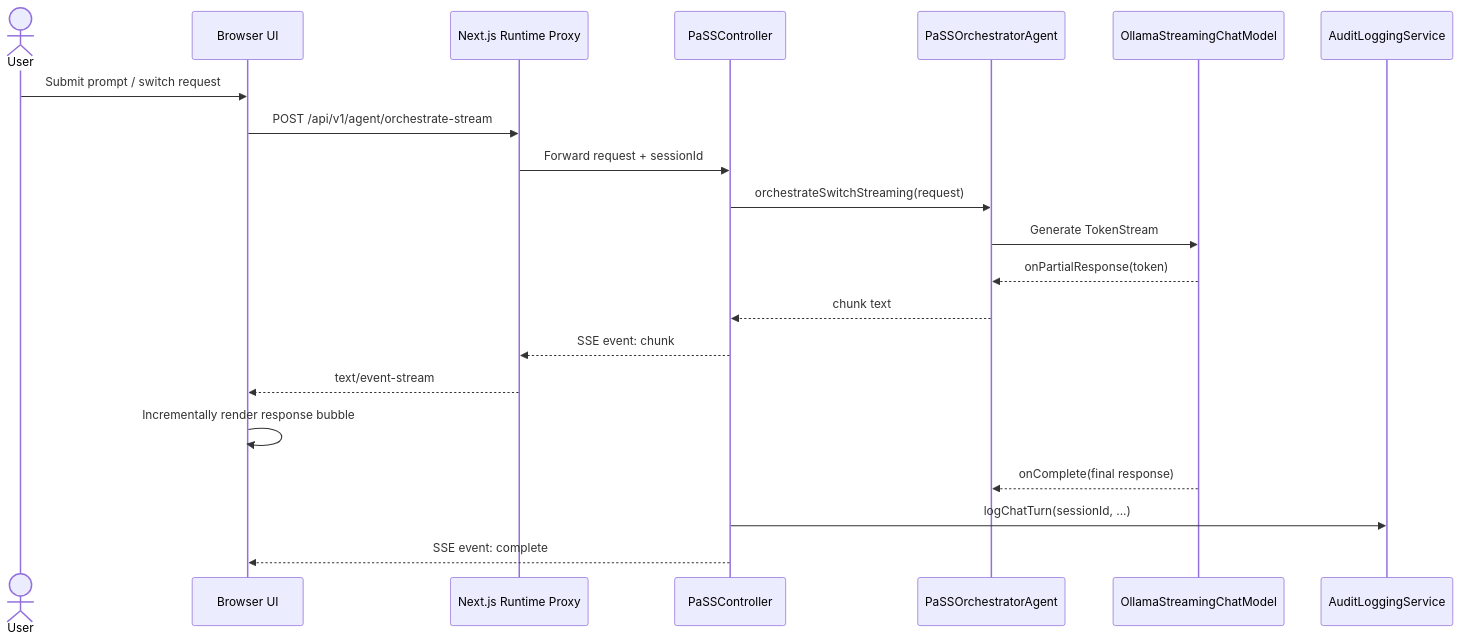
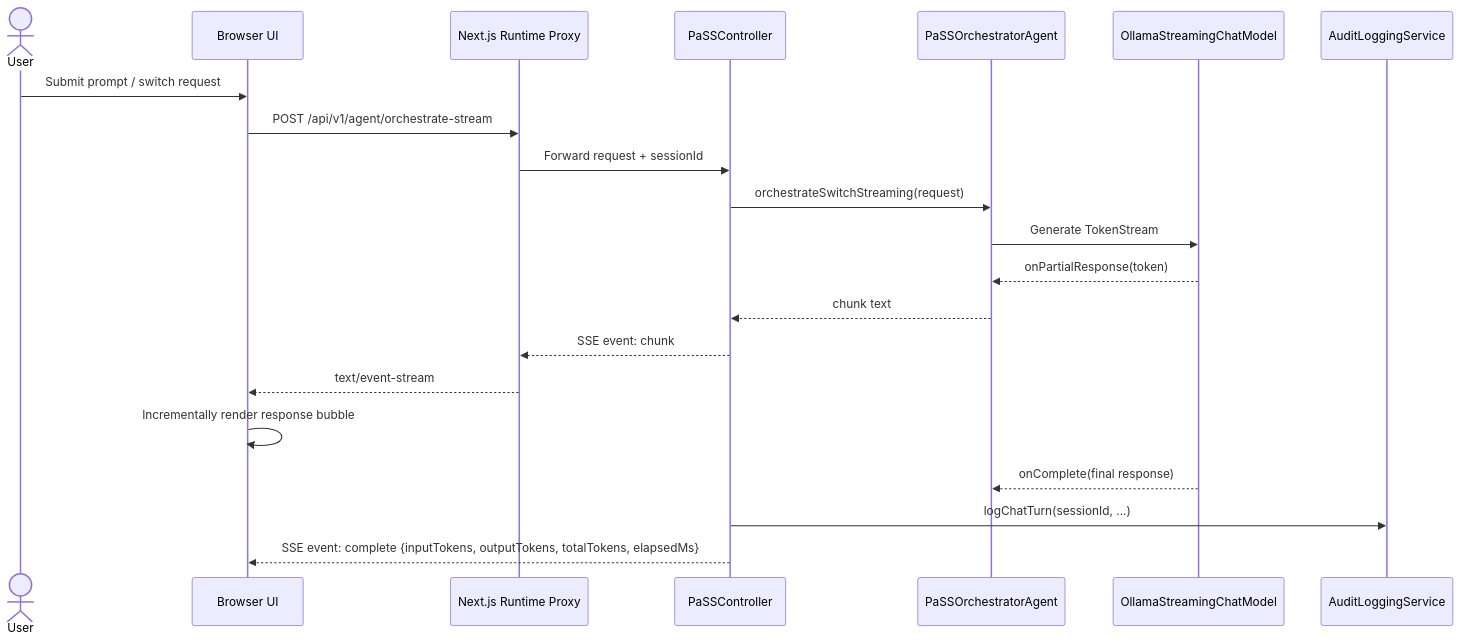
The fifth of 7 diagrams in ARCHITECTURE.md (AskMeiPaaS/ai-native-payments), drawn with Mermaid before and after one commit. The commit also changed other lines of this file and 51 other files, not shown here.

````diff
--- a/ARCHITECTURE.md
+++ b/ARCHITECTURE.md
@@ -373,26 +398,26 @@
 ```mermaid
 sequenceDiagram
     actor User
     participant Browser as Browser UI
     participant Proxy as Next.js Runtime Proxy
     participant Controller as PaSSController
     participant Agent as PaSSOrchestratorAgent
     participant LLM as OllamaStreamingChatModel
     participant Audit as AuditLoggingService
 
     User->>Browser: Submit prompt / switch request
     Browser->>Proxy: POST /api/v1/agent/orchestrate-stream
     Proxy->>Controller: Forward request + sessionId
     Controller->>Agent: orchestrateSwitchStreaming(request)
     Agent->>LLM: Generate TokenStream
 
     LLM-->>Agent: onPartialResponse(token)
     Agent-->>Controller: chunk text
     Controller-->>Proxy: SSE event: chunk
     Proxy-->>Browser: text/event-stream
     Browser->>Browser: Incrementally render response bubble
 
     LLM-->>Agent: onComplete(final response)
     Controller->>Audit: logChatTurn(sessionId, ...)
-    Controller-->>Browser: SSE event: complete
+    Controller-->>Browser: SSE event: complete {inputTokens, outputTokens, totalTokens, elapsedMs}
 ```
````
